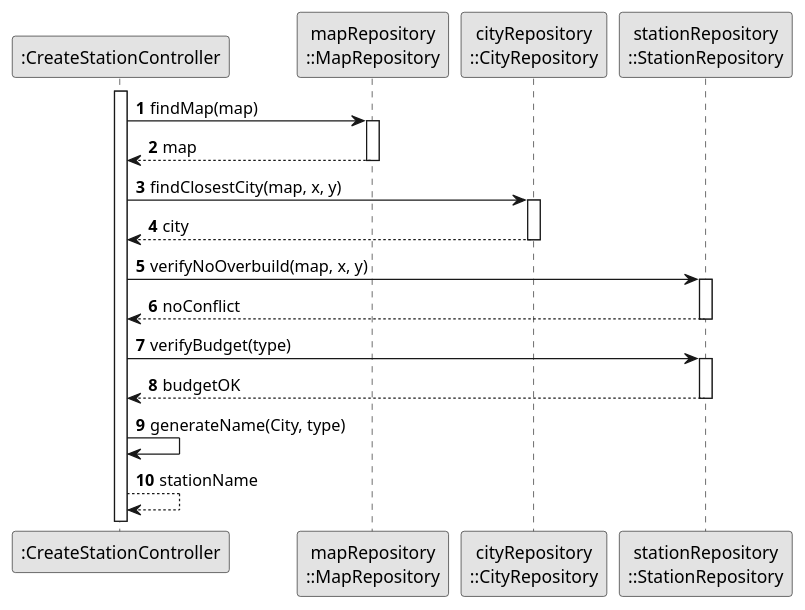
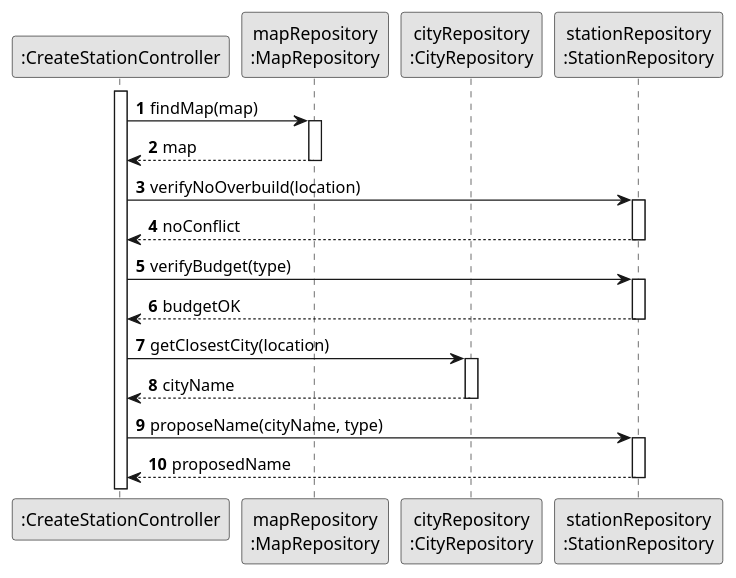
One commit to goncalolopesp/sem2-pi-24.25-g093-repo changed the diagram in docs/system-documentation/US005/03.design/puml/US005-SD-validateAndName.puml. Above: the diagram before and after it, drawn with PlantUML. The commit also changed 9 other files, not shown here.

```diff
--- a/docs/system-documentation/US005/03.design/puml/US005-SD-validateAndName.puml
+++ b/docs/system-documentation/US005/03.design/puml/US005-SD-validateAndName.puml
@@ -1,37 +1,39 @@
 @startuml US005-SD-validateAndName
 skinparam monochrome true
 skinparam packageStyle rectangle
 skinparam shadowing false
 
 autonumber
-participant ":CreateStationController" as BuildController
-participant "mapRepository\n::MapRepository" as MapRepo
-participant "cityRepository\n::CityRepository" as CityRepo
-participant "stationRepository\n::StationRepository" as StationRepo
+participant ":CreateStationController" as CreateStationController
+participant "mapRepository\n:MapRepository" as MapRepository
+participant "cityRepository\n:CityRepository" as CityRepository
+participant "stationRepository\n:StationRepository" as StationRepository
 
-activate BuildController
+activate CreateStationController
 
-BuildController -> MapRepo : findMap(map)
-activate MapRepo
-MapRepo --> BuildController : map
-deactivate MapRepo
+CreateStationController -> MapRepository : findMap(map)
+activate MapRepository
+MapRepository --> CreateStationController : map
+deactivate MapRepository
 
-BuildController -> CityRepo : findClosestCity(map, x, y)
-activate CityRepo
-CityRepo --> BuildController : city
-deactivate CityRepo
+CreateStationController -> StationRepository : verifyNoOverbuild(location)
+activate StationRepository
+StationRepository --> CreateStationController : noConflict
+deactivate StationRepository
 
-BuildController -> StationRepo : verifyNoOverbuild(map, x, y)
-activate StationRepo
-StationRepo --> BuildController : noConflict
-deactivate StationRepo
+CreateStationController -> StationRepository : verifyBudget(type)
+activate StationRepository
+StationRepository --> CreateStationController : budgetOK
+deactivate StationRepository
 
-BuildController -> StationRepo : verifyBudget(type)
-activate StationRepo
-StationRepo --> BuildController : budgetOK
-deactivate StationRepo
+CreateStationController -> CityRepository : getClosestCity(location)
+activate CityRepository
+CityRepository --> CreateStationController : cityName
+deactivate CityRepository
 
-BuildController -> BuildController : generateName(City, type)
-BuildController --> BuildController : stationName
+CreateStationController -> StationRepository : proposeName(cityName, type)
+activate StationRepository
+StationRepository --> CreateStationController : proposedName
+deactivate StationRepository
 
 @enduml
```
